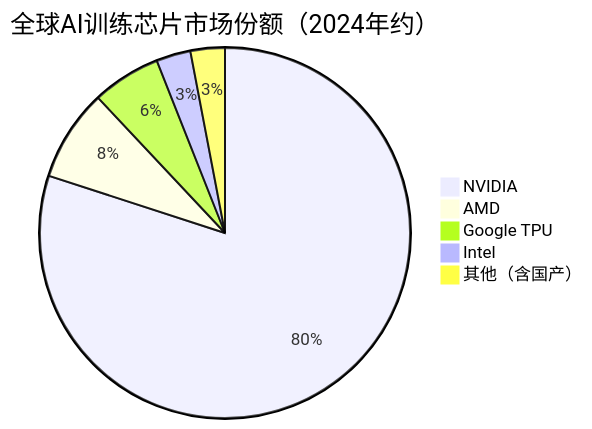
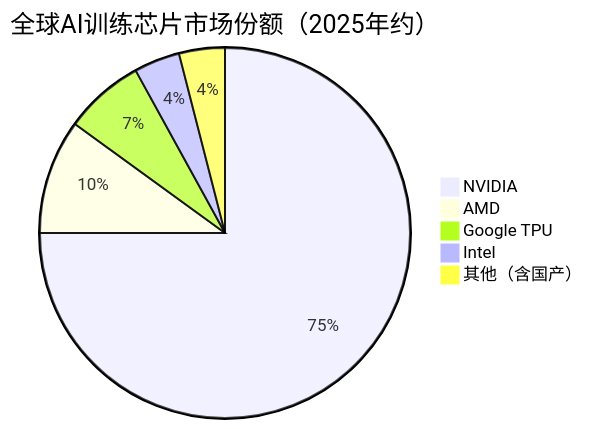
One commit to blueprint1453/industry-insight changed the third of 3 diagrams in AI产业链/中游/芯片设计/通用AI算力芯片.md. Above: the diagram before and after it, drawn with Mermaid. The commit also changed other lines of this file and 78 other files, not shown here.

````diff
--- a/AI产业链/中游/芯片设计/通用AI算力芯片.md
+++ b/AI产业链/中游/芯片设计/通用AI算力芯片.md
@@ -84,8 +84,8 @@
 ```mermaid
-pie title 全球AI训练芯片市场份额（2024年约）
-    "NVIDIA" : 80
-    "AMD" : 8
-    "Google TPU" : 6
-    "Intel" : 3
-    "其他（含国产）" : 3
+pie title 全球AI训练芯片市场份额（2025年约）
+    "NVIDIA" : 75
+    "AMD" : 10
+    "Google TPU" : 7
+    "Intel" : 4
+    "其他（含国产）" : 4
 ```
````
